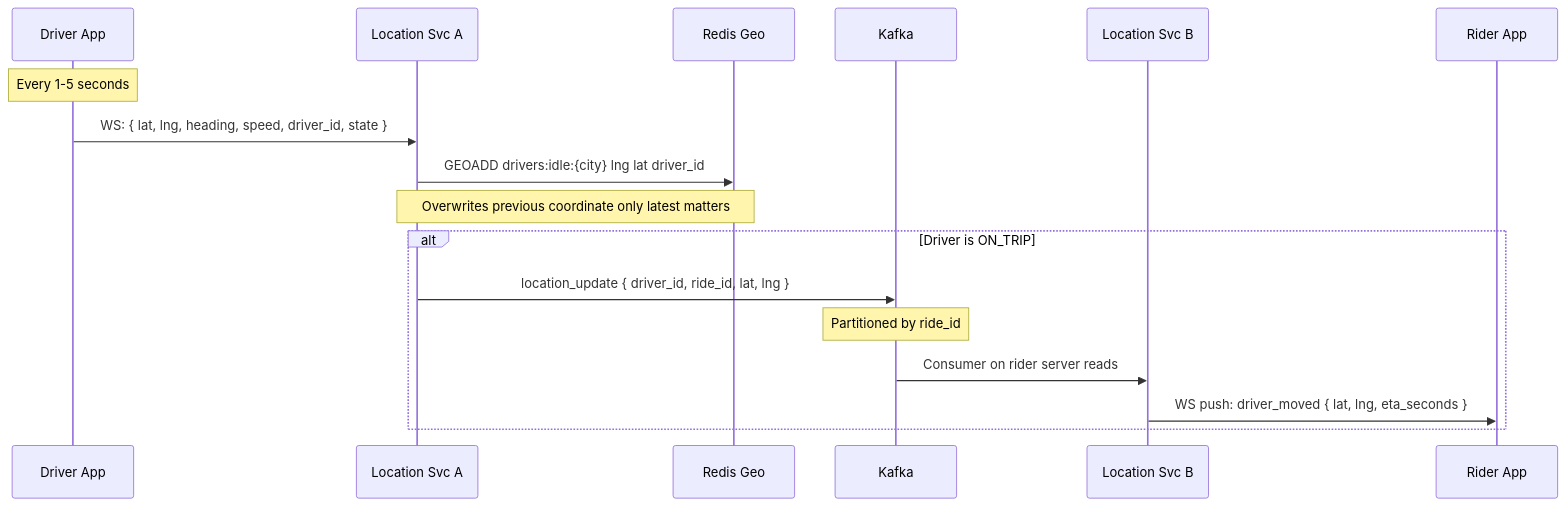
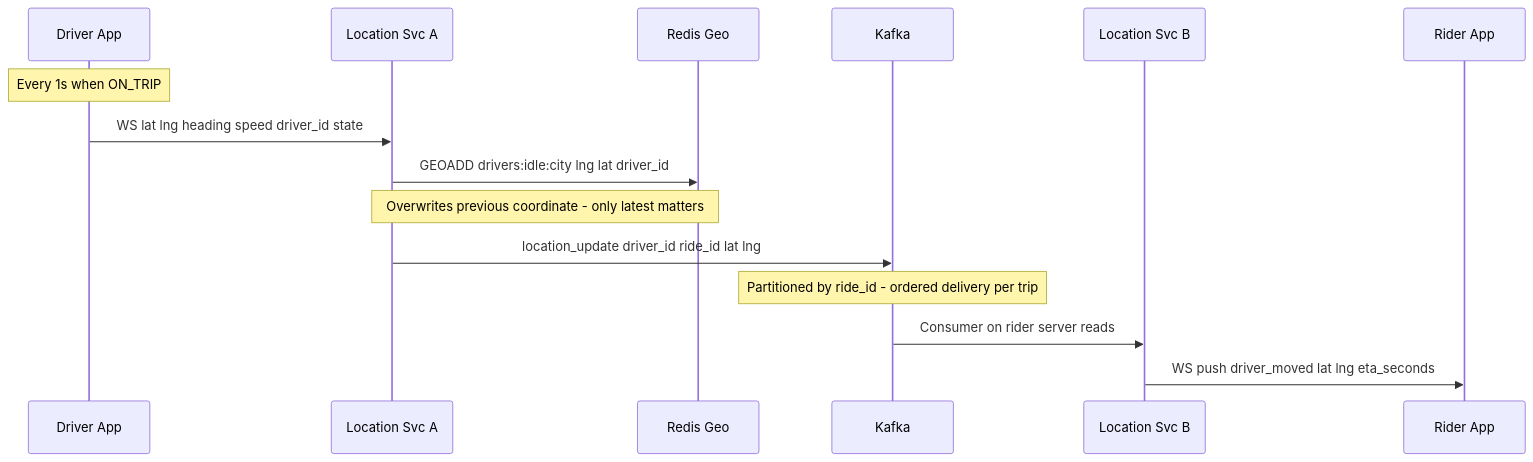
Before and after one commit to shyamalm88/MechineCoding: the sixth of 6 diagrams in system-design/latest & updated/ride-booking-uber-rapido.md, drawn with Mermaid. The commit also changed other lines of this file and 9 other files, not shown here.

````diff
--- a/system-design/latest & updated/ride-booking-uber-rapido.md
+++ b/system-design/latest & updated/ride-booking-uber-rapido.md
@@ -294,21 +406,19 @@
 ```mermaid
 sequenceDiagram
     participant D as Driver App
     participant LSA as Location Svc A
     participant Redis as Redis Geo
     participant K as Kafka
     participant LSB as Location Svc B
     participant R as Rider App
 
-    Note over D: Every 1-5 seconds
-    D->>LSA: WS: { lat, lng, heading, speed, driver_id, state }
-    LSA->>Redis: GEOADD drivers:idle:{city} lng lat driver_id
-    Note over LSA,Redis: Overwrites previous coordinate only latest matters
+    Note over D: Every 1s when ON_TRIP
+    D->>LSA: WS lat lng heading speed driver_id state
+    LSA->>Redis: GEOADD drivers:idle:city lng lat driver_id
+    Note over LSA,Redis: Overwrites previous coordinate - only latest matters
 
-    alt Driver is ON_TRIP
-        LSA->>K: location_update { driver_id, ride_id, lat, lng }
-        Note over K: Partitioned by ride_id
-        K->>LSB: Consumer on rider server reads
-        LSB->>R: WS push: driver_moved { lat, lng, eta_seconds }
-    end
+    LSA->>K: location_update driver_id ride_id lat lng
+    Note over K: Partitioned by ride_id - ordered delivery per trip
+    K->>LSB: Consumer on rider server reads
+    LSB->>R: WS push driver_moved lat lng eta_seconds
 ```
````
